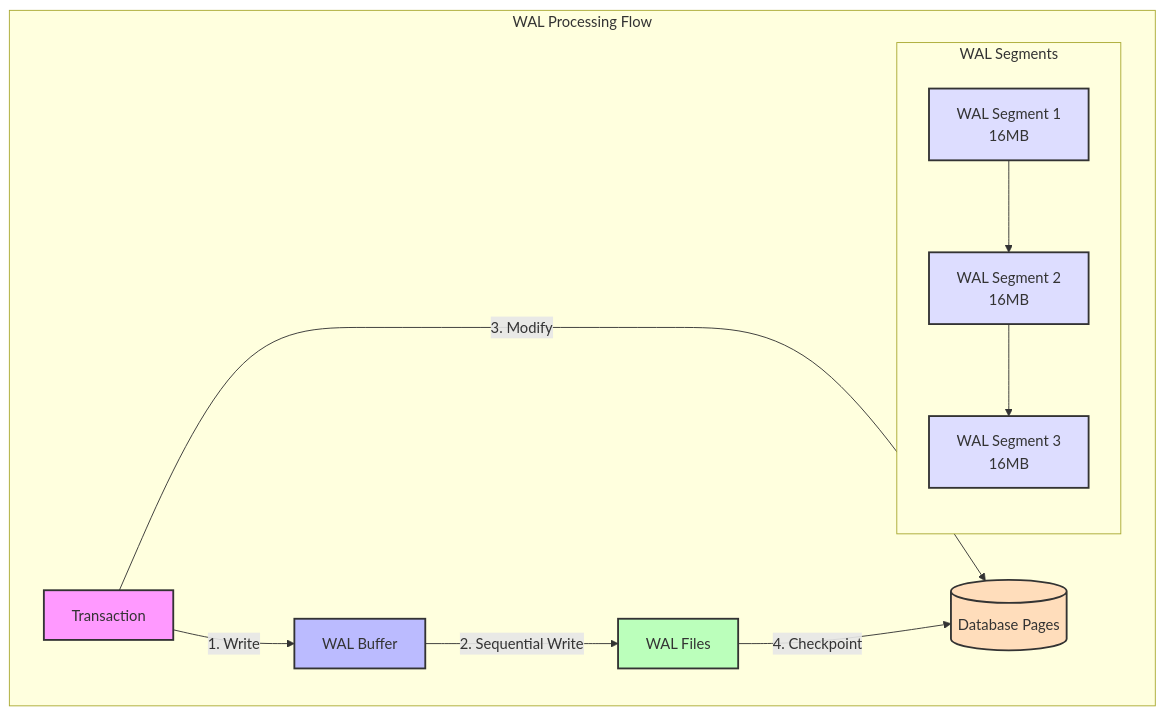
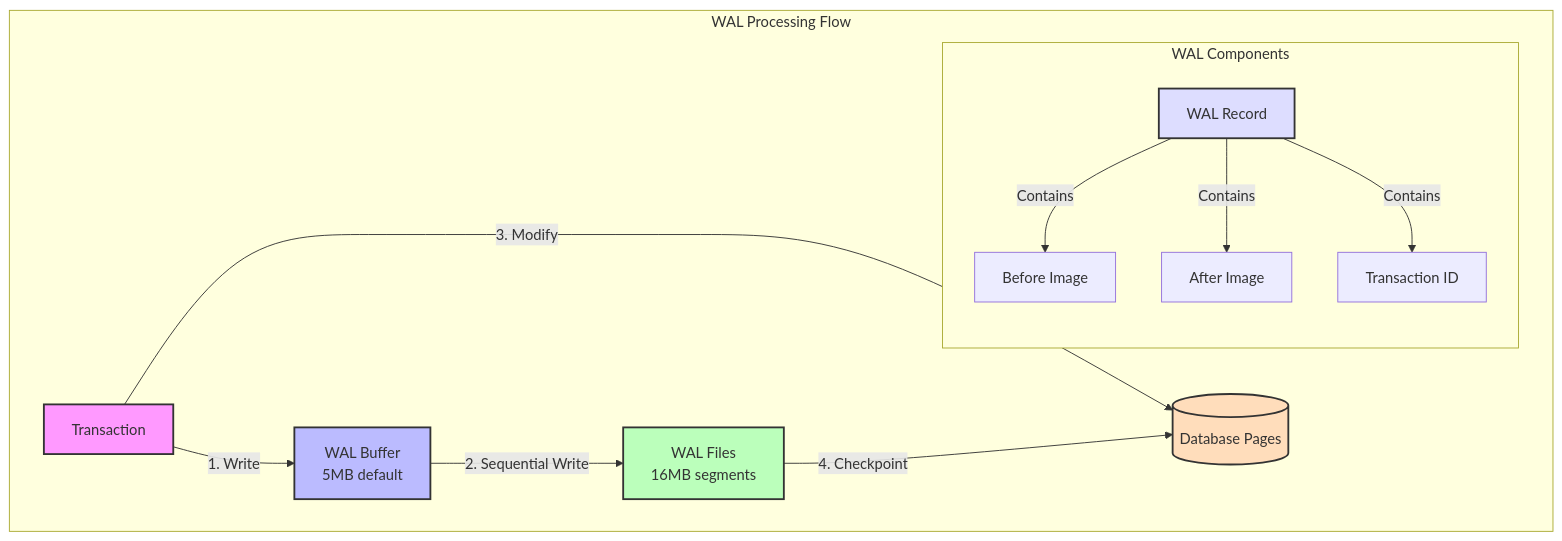
One commit to jonatas/postgresql-performance-for-rubyists changed the seventh of 7 diagrams in examples/01_storage/README.md. Above: the diagram before and after it, drawn with Mermaid. The commit also changed other lines of this file and 1 other file, not shown here.

Commit message:
Add comprehensive WAL performance analysis script with practical examples and insights

````diff
--- a/examples/01_storage/README.md
+++ b/examples/01_storage/README.md
@@ -450,24 +450,21 @@
 ```mermaid
-graph LR
+graph TD
     subgraph "WAL Processing Flow"
-        direction LR
-        T[Transaction] --> |1. Write| WB[WAL Buffer]
-        WB --> |2. Sequential Write| WF[WAL Files]
-        T --> |3. Modify| DB[(Database Pages)]
-        WF --> |4. Checkpoint| DB
+        T[Transaction] -->|1. Write| WB[WAL Buffer<br/>5MB default]
+        WB -->|2. Sequential Write| WF[WAL Files<br/>16MB segments]
+        T -->|3. Modify| DB[(Database Pages)]
+        WF -->|4. Checkpoint| DB
         
-        subgraph "WAL Segments"
-            direction TB
-            W1[WAL Segment 1<br/>16MB] --> W2[WAL Segment 2<br/>16MB]
-            W2 --> W3[WAL Segment 3<br/>16MB]
+        subgraph "WAL Components"
+            WR[WAL Record] -->|Contains| BI[Before Image]
+            WR -->|Contains| AI[After Image]
+            WR -->|Contains| XID[Transaction ID]
         end
     end
 
     style T fill:#f9f,stroke:#333,stroke-width:2px
     style WB fill:#bbf,stroke:#333,stroke-width:2px
     style WF fill:#bfb,stroke:#333,stroke-width:2px
     style DB fill:#fdb,stroke:#333,stroke-width:2px
-    style W1 fill:#ddf,stroke:#333,stroke-width:2px
-    style W2 fill:#ddf,stroke:#333,stroke-width:2px
-    style W3 fill:#ddf,stroke:#333,stroke-width:2px
+    style WR fill:#ddf,stroke:#333,stroke-width:2px
 ```
````
